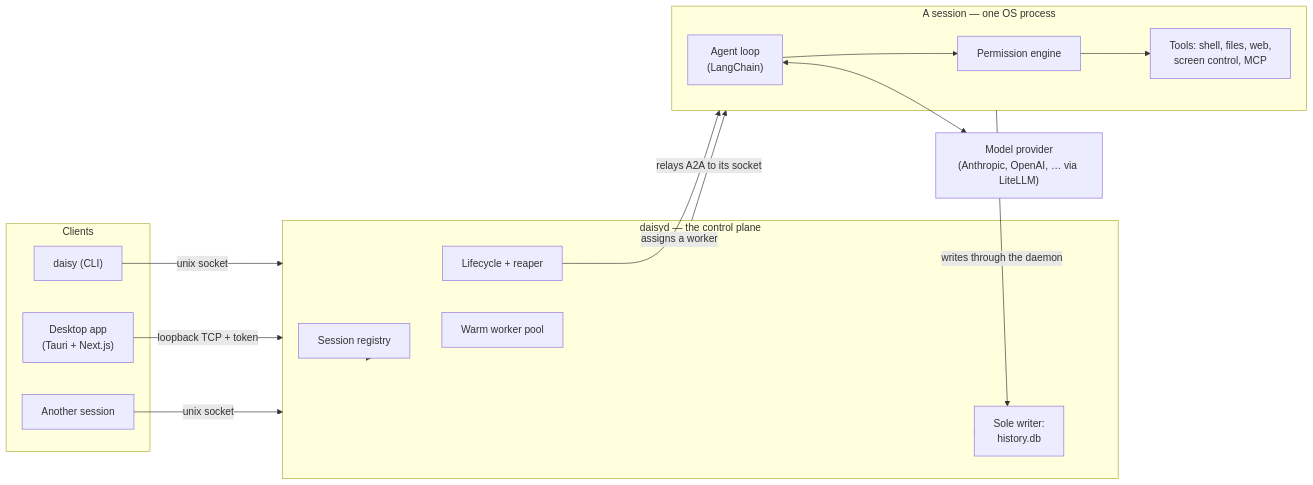
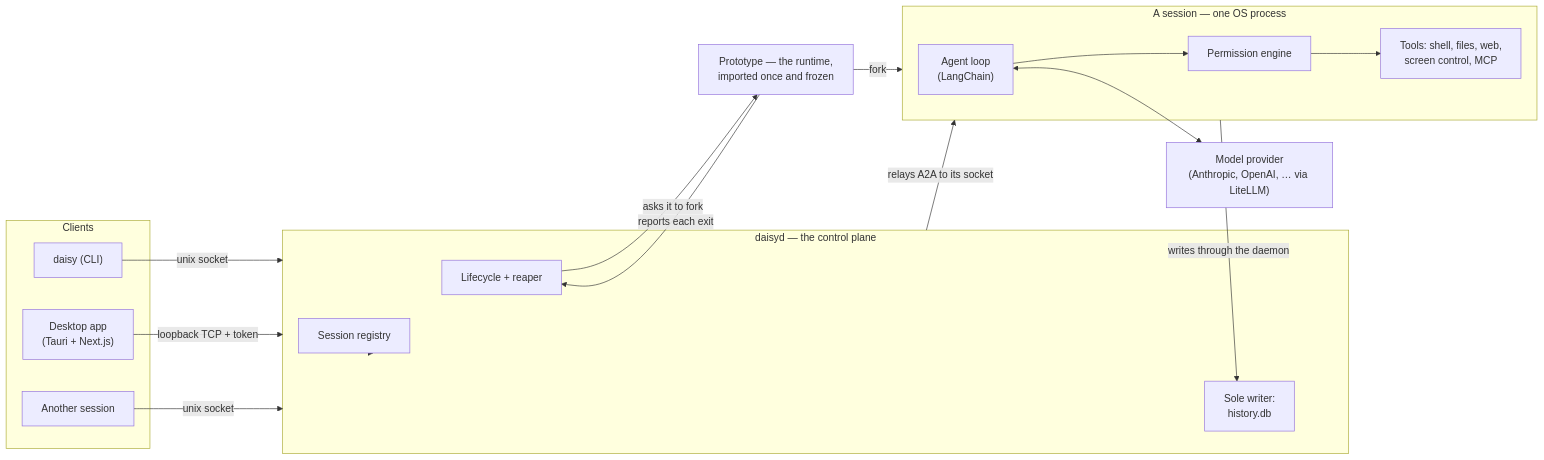
One commit to ghovax/frank changed the diagram in documentation/architecture.md. Above: the diagram before and after it, drawn with Mermaid. The commit also changed other lines of this file and 29 other files, not shown here.

````diff
--- a/documentation/architecture.md
+++ b/documentation/architecture.md
@@ -5,33 +5,36 @@
 ```mermaid
 flowchart LR
     subgraph Clients
         Cli["daisy (CLI)"]
         App["Desktop app<br/>(Tauri + Next.js)"]
         Peer["Another session"]
     end
 
     subgraph Daemon["daisyd — the control plane"]
         Registry["Session registry"]
         Lifecycle["Lifecycle + reaper"]
-        Pool["Warm worker pool"]
         Stores["Sole writer:<br/>history.db"]
     end
+
+    Prototype["Prototype — the runtime,<br/>imported once and frozen"]
 
     subgraph Session["A session — one OS process"]
         Executor["Agent loop<br/>(LangChain)"]
         Permissions["Permission engine"]
         Tools["Tools: shell, files, web,<br/>screen control, MCP"]
     end
 
     ModelProvider["Model provider<br/>(Anthropic, OpenAI, … via LiteLLM)"]
 
     Cli -->|unix socket| Daemon
     App -->|loopback TCP + token| Daemon
     Peer -->|unix socket| Daemon
-    Daemon --> Registry & Lifecycle & Pool & Stores
-    Lifecycle -->|assigns a worker| Session
+    Daemon --> Registry & Lifecycle & Stores
+    Lifecycle -->|asks it to fork| Prototype
+    Prototype -->|fork| Session
+    Prototype -->|reports each exit| Lifecycle
     Daemon -->|relays A2A to its socket| Session
     Session -->|writes through the daemon| Stores
     Executor --> Permissions --> Tools
     Executor <--> ModelProvider
 ```
````
